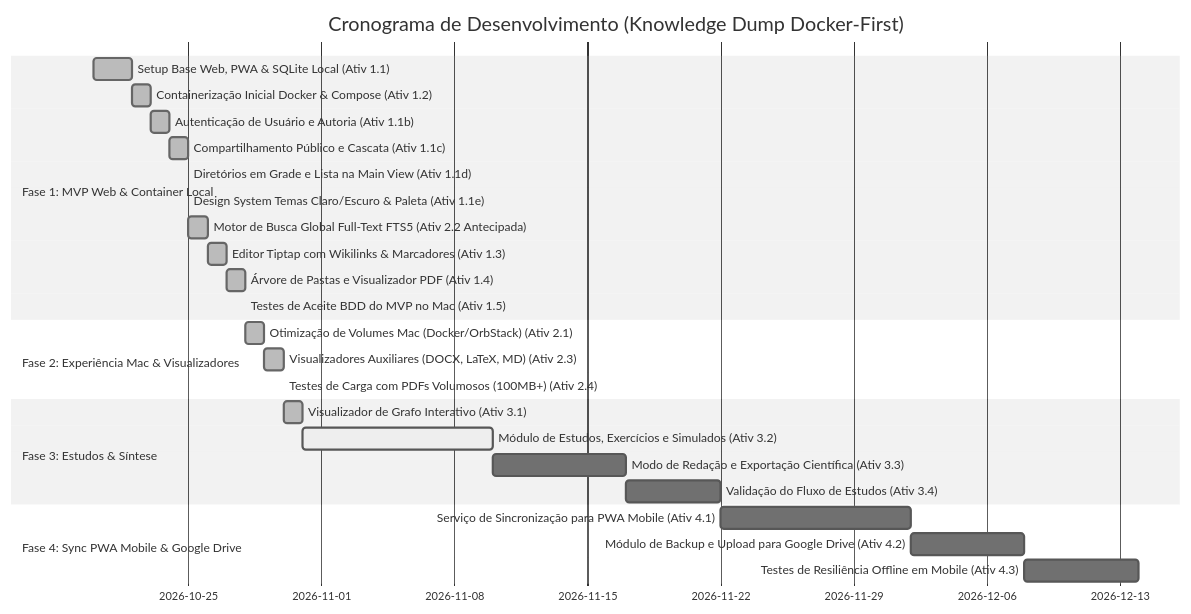
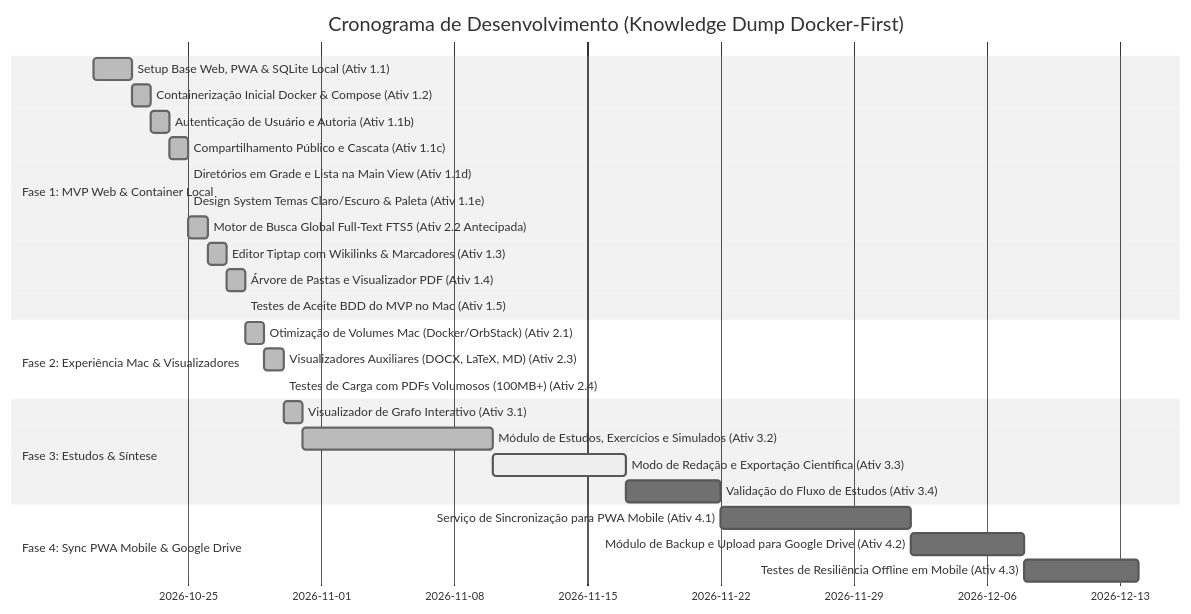
The second of 2 diagrams in docs/arquitetura_e_roadmap.md (victor-reghini/knowledge-dump), drawn with Mermaid (neutral theme) before and after one commit. The commit also changed other lines of this file and 9 other files, not shown here.

````diff
--- a/docs/arquitetura_e_roadmap.md
+++ b/docs/arquitetura_e_roadmap.md
@@ -56,32 +56,32 @@
 ```mermaid
 gantt
     title Cronograma de Desenvolvimento (Knowledge Dump Docker-First)
     dateFormat  YYYY-MM-DD
     section Fase 1: MVP Web & Container Local
     Setup Base Web, PWA & SQLite Local (Ativ 1.1)             :done, a1, 2026-10-20, 2026-10-22
     Containerização Inicial Docker & Compose (Ativ 1.2)        :done, a2, 2026-10-22, 2026-10-23
     Autenticação de Usuário e Autoria (Ativ 1.1b)              :done, a1b, 2026-10-23, 2026-10-24
     Compartilhamento Público e Cascata (Ativ 1.1c)             :done, a1c, 2026-10-24, 2026-10-25
     Diretórios em Grade e Lista na Main View (Ativ 1.1d)       :done, a1d, 2026-10-25, 2026-10-25
     Design System Temas Claro/Escuro & Paleta (Ativ 1.1e)      :done, a1e, 2026-10-25, 2026-10-25
     Motor de Busca Global Full-Text FTS5 (Ativ 2.2 Antecipada) :done, b2, 2026-10-25, 2026-10-26
     Editor Tiptap com Wikilinks & Marcadores (Ativ 1.3)        :done, a3, 2026-10-26, 2026-10-27
     Árvore de Pastas e Visualizador PDF (Ativ 1.4)             :done, a4, 2026-10-27, 2026-10-28
     Testes de Aceite BDD do MVP no Mac (Ativ 1.5)              :done, a5, 2026-10-28, 2026-10-28
 
     section Fase 2: Experiência Mac & Visualizadores
     Otimização de Volumes Mac (Docker/OrbStack) (Ativ 2.1)     :done, b1, 2026-10-28, 2026-10-29
     Visualizadores Auxiliares (DOCX, LaTeX, MD) (Ativ 2.3)     :done, b3, 2026-10-29, 2026-10-30
     Testes de Carga com PDFs Volumosos (100MB+) (Ativ 2.4)     :done, b4, 2026-10-30, 2026-10-30
 
     section Fase 3: Estudos & Síntese
     Visualizador de Grafo Interativo (Ativ 3.1)                :done, c1, 2026-10-30, 2026-10-31
-    Módulo de Estudos, Exercícios e Simulados (Ativ 3.2)       :active, c2, after c1, 10d
-    Modo de Redação e Exportação Científica (Ativ 3.3)         :c3, after c2, 7d
+    Módulo de Estudos, Exercícios e Simulados (Ativ 3.2)       :done, c2, after c1, 10d
+    Modo de Redação e Exportação Científica (Ativ 3.3)         :active, c3, after c2, 7d
     Validação do Fluxo de Estudos (Ativ 3.4)                   :c4, after c3, 5d
 
     section Fase 4: Sync PWA Mobile & Google Drive
     Serviço de Sincronização para PWA Mobile (Ativ 4.1)        :d1, after c4, 10d
     Módulo de Backup e Upload para Google Drive (Ativ 4.2)     :d2, after d1, 6d
     Testes de Resiliência Offline em Mobile (Ativ 4.3)         :d3, after d2, 6d
 ```
````
